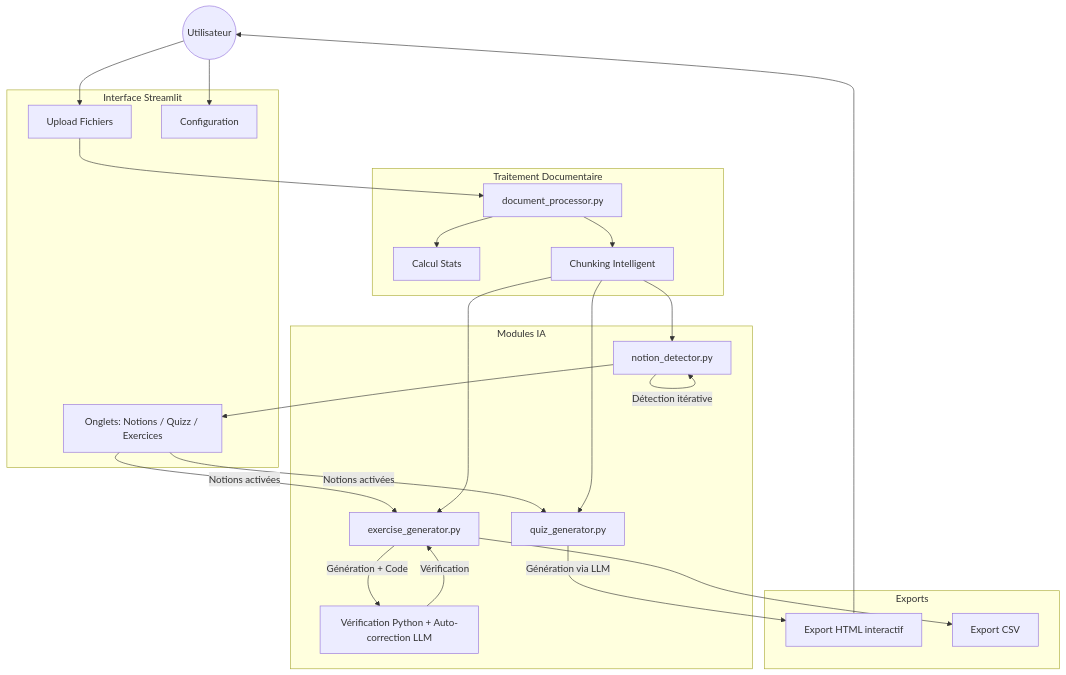
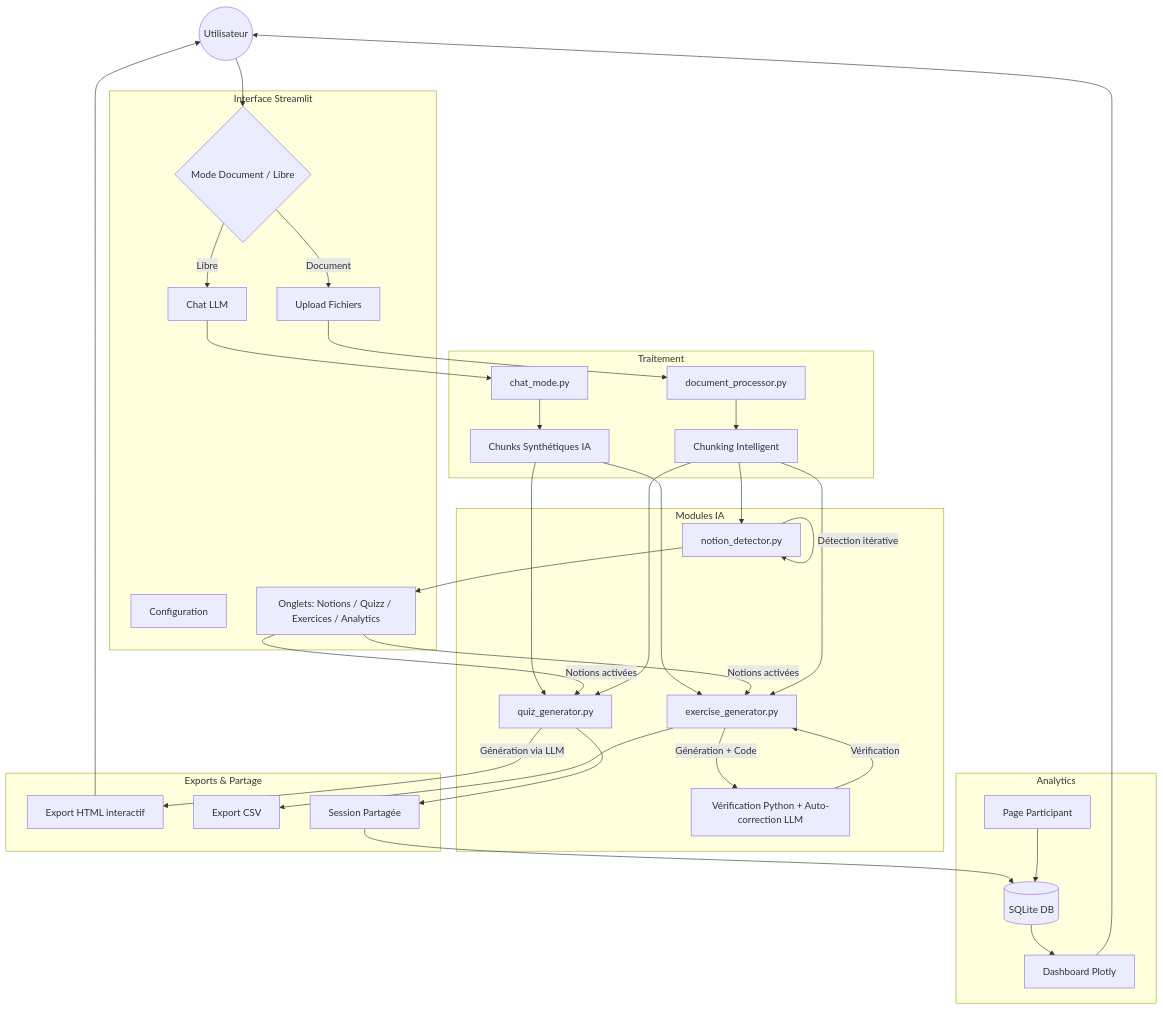
Before and after one commit to Aurel456/generateur_de_quizz: the diagram in README.md, drawn with Mermaid. The commit also changed other lines of this file and 12 other files, not shown here.

First line of the commit message:
feat: notion tagging, mode libre chat LLM, sessions partagées & analytics

````diff
--- a/README.md
+++ b/README.md
@@ -195,50 +256,74 @@
 ```mermaid
 graph TD
     User((Utilisateur))
 
     subgraph UI [Interface Streamlit]
+        Mode{Mode Document / Libre}
         Upload[Upload Fichiers]
+        Chat[Chat LLM]
         Params[Configuration]
-        Tabs[Onglets: Notions / Quizz / Exercices]
+        Tabs[Onglets: Notions / Quizz / Exercices / Analytics]
     end
 
-    subgraph Core [Traitement Documentaire]
+    subgraph Core [Traitement]
         DocProc[document_processor.py]
-        Stats[Calcul Stats]
+        ChatMode[chat_mode.py]
         Chunking[Chunking Intelligent]
+        SyntheticChunks[Chunks Synthétiques IA]
     end
 
     subgraph Logic [Modules IA]
         NotionDet[notion_detector.py]
         QuizGen[quiz_generator.py]
         ExGen[exercise_generator.py]
         Agent[Vérification Python + Auto-correction LLM]
     end
 
-    subgraph Output [Exports]
+    subgraph Output [Exports & Partage]
         HTML[Export HTML interactif]
         CSV[Export CSV]
+        Session[Session Partagée]
     end
 
-    User --> Upload
-    User --> Params
+    subgraph Analytics [Analytics]
+        SQLite[(SQLite DB)]
+        Dashboard[Dashboard Plotly]
+        Participant[Page Participant]
+    end
+
+    User --> Mode
+    Mode -- "Document" --> Upload
+    Mode -- "Libre" --> Chat
+
     Upload --> DocProc
-    DocProc --> Stats
     DocProc --> Chunking
 
+    Chat --> ChatMode
+    ChatMode --> SyntheticChunks
+
     Chunking --> NotionDet
+    SyntheticChunks --> QuizGen
+    SyntheticChunks --> ExGen
+
     NotionDet -- "Détection itérative" --> NotionDet
     NotionDet --> Tabs
 
     Tabs -- "Notions activées" --> QuizGen
     Tabs -- "Notions activées" --> ExGen
 
     Chunking --> QuizGen
     Chunking --> ExGen
 
     QuizGen -- "Génération via LLM" --> HTML
     ExGen -- "Génération + Code" --> Agent
     Agent -- "Vérification" --> ExGen
     ExGen --> CSV
+
+    QuizGen --> Session
+    Session --> SQLite
+    Participant --> SQLite
+    SQLite --> Dashboard
+
     HTML --> User
+    Dashboard --> User
 ```
````
